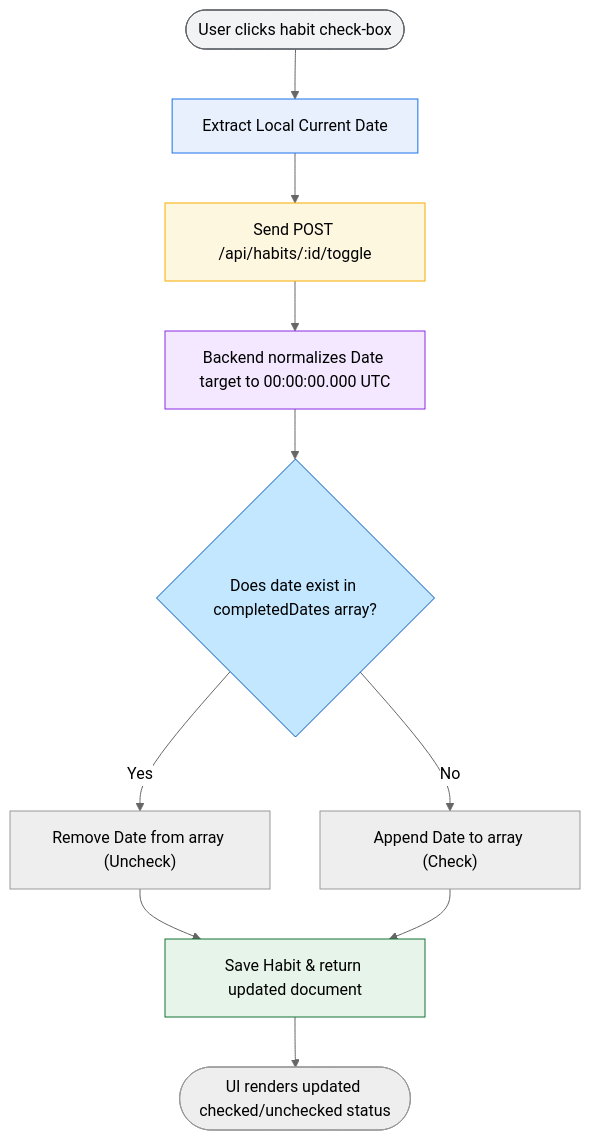
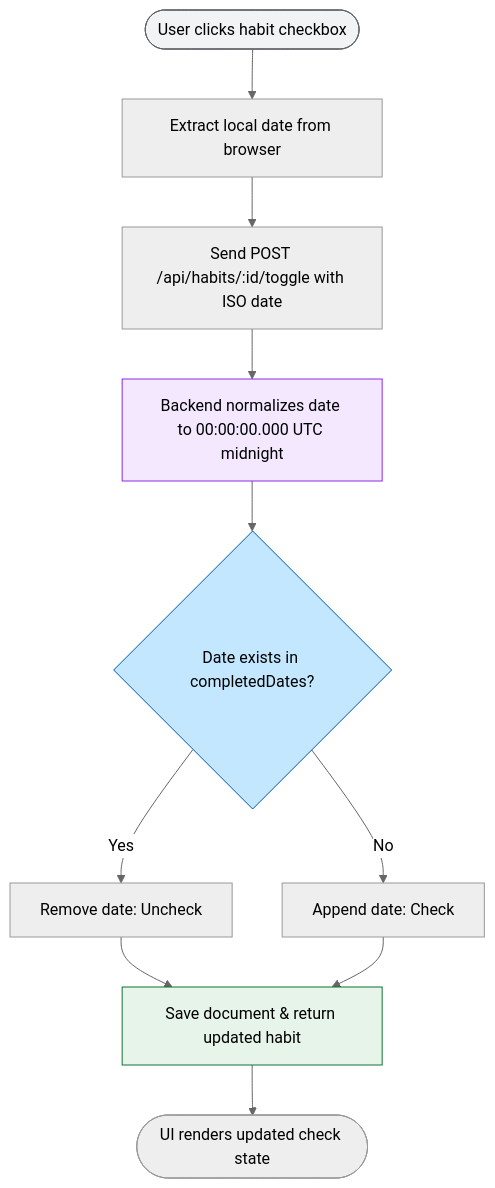
One commit to Pranjal-3d/GoogleCalender changed the fourth of 4 diagrams in README.md. Above: the diagram before and after it, drawn with Mermaid (neutral theme). The commit also changed other lines of this file, not shown here.

````diff
--- a/README.md
+++ b/README.md
@@ -134,19 +361,16 @@
 ```mermaid
 flowchart TD
-    %% Styles
     style Start fill:#f1f3f4,stroke:#5f6368
-    style Fetch fill:#e8f0fe,stroke:#1a73e8
-    style Toggle fill:#fef7e0,stroke:#f9ab00
     style Normalize fill:#f3e8ff,stroke:#8a2be2
     style Find fill:#c2e7ff,stroke:#0057b8
     style Save fill:#e6f4ea,stroke:#137333
 
-    Start([User clicks habit check-box]) --> Fetch[Extract Local Current Date]
-    Fetch --> Toggle["Send POST /api/habits/:id/toggle"]
-    Toggle --> Normalize[Backend normalizes Date target to 00:00:00.000 UTC]
-    Normalize --> Find{Does date exist in completedDates array?}
-    Find -- Yes --> Pull["Remove Date from array (Uncheck)"]
-    Find -- No --> Push["Append Date to array (Check)"]
-    Pull & Push --> Save[Save Habit & return updated document]
-    Save --> End([UI renders updated checked/unchecked status])
+    Start([User clicks habit checkbox]) --> A[Extract local date from browser]
+    A --> B[Send POST /api/habits/:id/toggle with ISO date]
+    B --> Normalize[Backend normalizes date to 00:00:00.000 UTC midnight]
+    Normalize --> Find{Date exists in completedDates?}
+    Find -- Yes --> Pull[Remove date: Uncheck]
+    Find -- No --> Push[Append date: Check]
+    Pull & Push --> Save[Save document & return updated habit]
+    Save --> End([UI renders updated check state])
 ```
````
